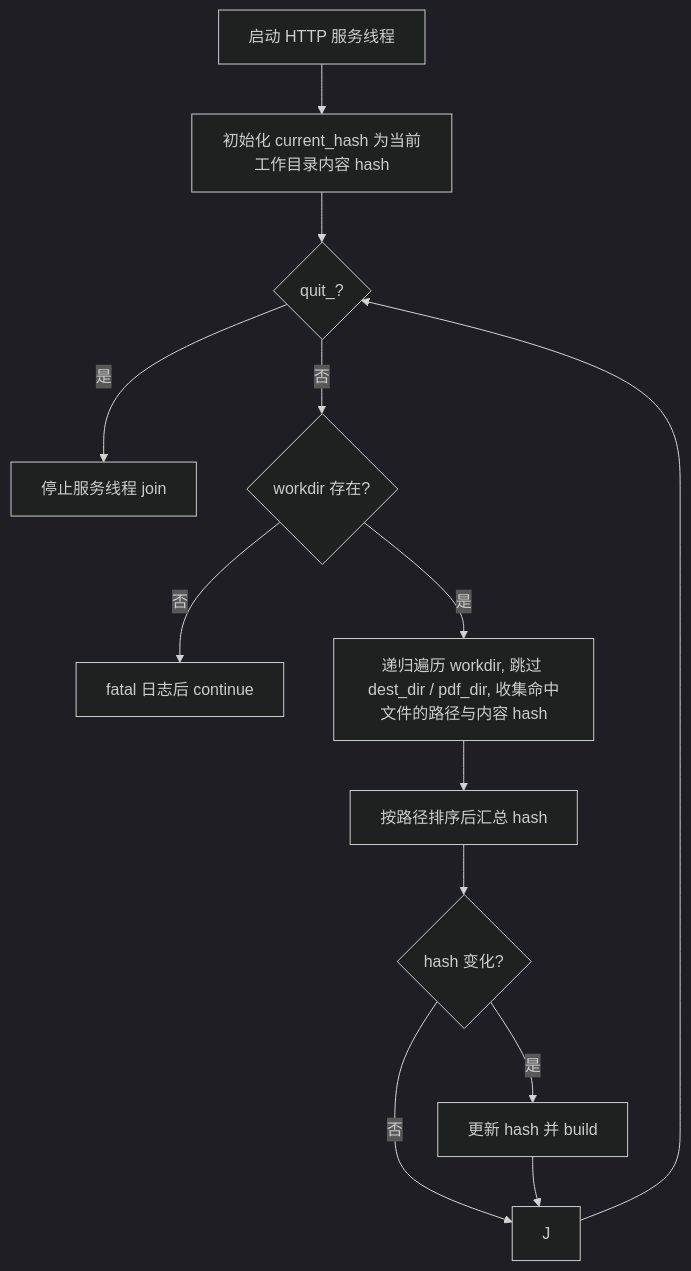
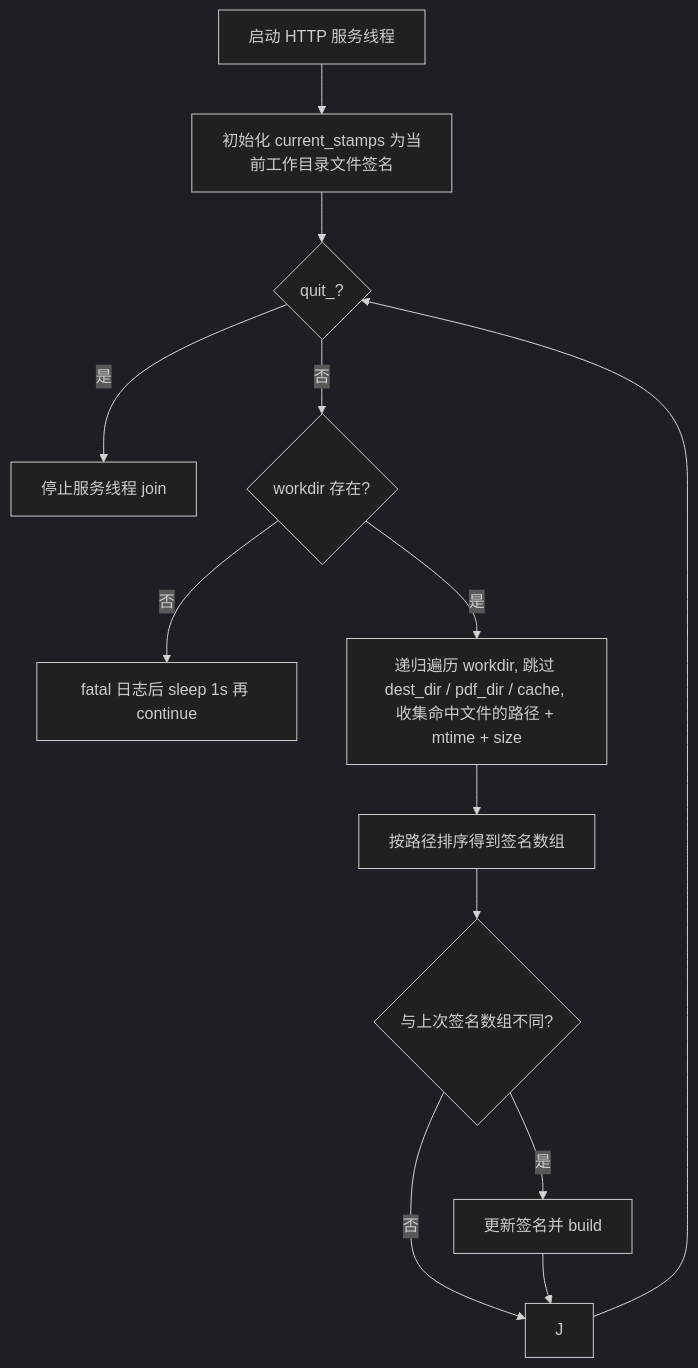
Before and after one commit to the-writer/camus: the diagram in docs/prd/07-watch-mode.md, drawn with Mermaid (dark theme). The commit also changed other lines of this file and 1 other file, not shown here.

Commit message:
chore: detect watch changes via file mtime and size

````diff
--- a/docs/prd/07-watch-mode.md
+++ b/docs/prd/07-watch-mode.md
@@ -22,15 +22,15 @@
 ```mermaid
 flowchart TD
-    A[启动 HTTP 服务线程] --> B[初始化 current_hash 为当前工作目录内容 hash]
+    A[启动 HTTP 服务线程] --> B[初始化 current_stamps 为当前工作目录文件签名]
     B --> C{quit_?}
     C -->|是| D[停止服务线程 join]
     C -->|否| E{workdir 存在?}
-    E -->|否| F[fatal 日志后 continue]
-    E -->|是| G[递归遍历 workdir, 跳过 dest_dir / pdf_dir, 收集命中文件的路径与内容 hash]
-    G --> H[按路径排序后汇总 hash]
-    H --> I{hash 变化?}
-    I -->|是| K[更新 hash 并 build]
+    E -->|否| F[fatal 日志后 sleep 1s 再 continue]
+    E -->|是| G[递归遍历 workdir, 跳过 dest_dir / pdf_dir / cache, 收集命中文件的路径 + mtime + size]
+    G --> H[按路径排序得到签名数组]
+    H --> I{与上次签名数组不同?}
+    I -->|是| K[更新签名并 build]
     I -->|否| J
     K --> J
     J --> C
 ```
````
